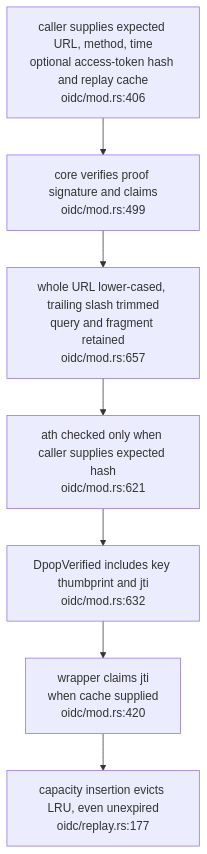
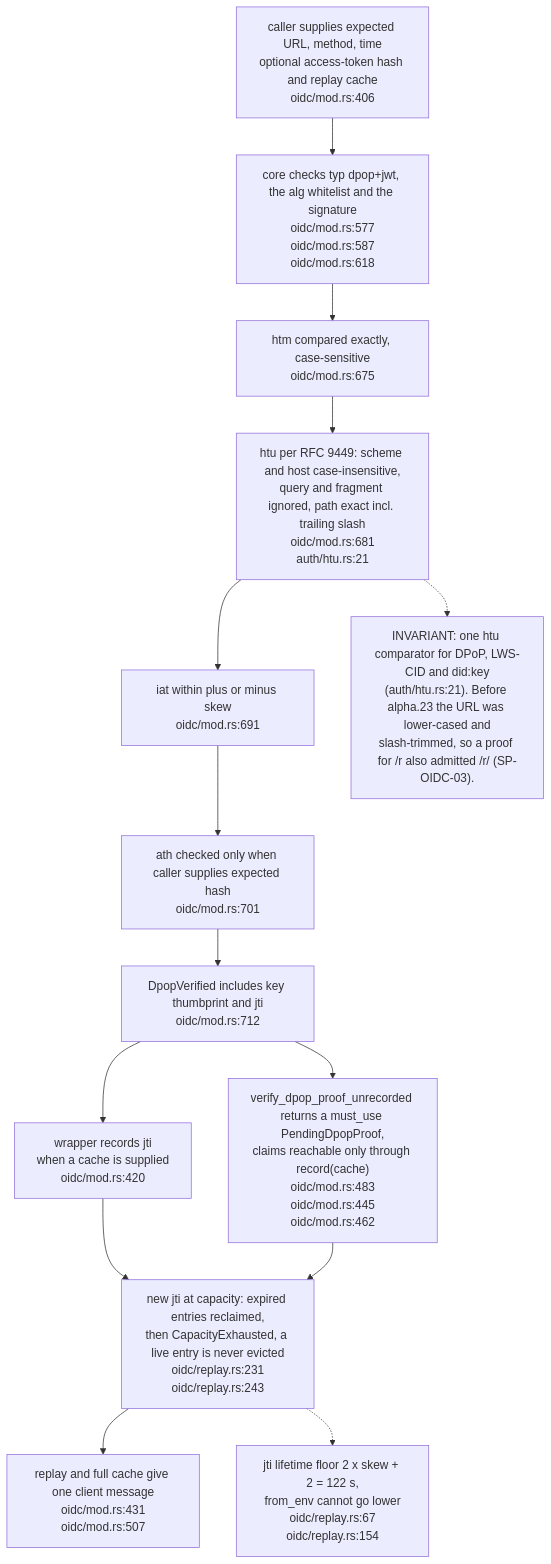
Before and after one commit to DreamLab-AI/VisionFlow: the sixth of 18 diagrams in docs/diagrams/solid-pod-rs/05-identity-nip98-did-oidc.md, drawn with Mermaid. The commit also changed other lines of this file and 2 other files, not shown here.

First line of the commit message:
docs(diagrams): SP-05, SP-11, SP-12 re-verified at solid-pod-rs a28a748

````diff
--- a/docs/diagrams/solid-pod-rs/05-identity-nip98-did-oidc.md
+++ b/docs/diagrams/solid-pod-rs/05-identity-nip98-did-oidc.md
@@ -217,12 +220,23 @@
 ```mermaid
 flowchart TD
     CALL["caller supplies expected URL, method, time<br/>optional access-token hash and replay cache<br/>oidc/mod.rs:406"]
-    CORE["core verifies proof signature and claims<br/>oidc/mod.rs:499"]
-    URL["whole URL lower-cased, trailing slash trimmed<br/>query and fragment retained<br/>oidc/mod.rs:657"]
-    ATH["ath checked only when caller supplies expected hash<br/>oidc/mod.rs:621"]
-    RESULT["DpopVerified includes key thumbprint and jti<br/>oidc/mod.rs:632"]
-    CACHE["wrapper claims jti<br/>when cache supplied<br/>oidc/mod.rs:420"]
-    EVICT["capacity insertion evicts LRU, even unexpired<br/>oidc/replay.rs:177"]
-    CALL --> CORE --> URL --> ATH --> RESULT --> CACHE
-    CACHE --> EVICT
+    CORE["core checks typ dpop+jwt, the alg whitelist and the signature<br/>oidc/mod.rs:577<br/>oidc/mod.rs:587<br/>oidc/mod.rs:618"]
+    HTM["htm compared exactly, case-sensitive<br/>oidc/mod.rs:675"]
+    URL["htu per RFC 9449: scheme and host case-insensitive,<br/>query and fragment ignored, path exact incl. trailing slash<br/>oidc/mod.rs:681<br/>auth/htu.rs:21"]
+    IAT["iat within plus or minus skew<br/>oidc/mod.rs:691"]
+    ATH["ath checked only when caller supplies expected hash<br/>oidc/mod.rs:701"]
+    RESULT["DpopVerified includes key thumbprint and jti<br/>oidc/mod.rs:712"]
+    CACHE["wrapper records jti<br/>when a cache is supplied<br/>oidc/mod.rs:420"]
+    UNREC["verify_dpop_proof_unrecorded returns a must_use PendingDpopProof,<br/>claims reachable only through record(cache)<br/>oidc/mod.rs:483<br/>oidc/mod.rs:445<br/>oidc/mod.rs:462"]
+    FULL["new jti at capacity: expired entries reclaimed,<br/>then CapacityExhausted, a live entry is never evicted<br/>oidc/replay.rs:231<br/>oidc/replay.rs:243"]
+    MSG["replay and full cache give one client message<br/>oidc/mod.rs:431<br/>oidc/mod.rs:507"]
+    TTL["jti lifetime floor 2 x skew + 2 = 122 s,<br/>from_env cannot go lower<br/>oidc/replay.rs:67<br/>oidc/replay.rs:154"]
+    CALL --> CORE --> HTM --> URL --> IAT --> ATH --> RESULT --> CACHE
+    RESULT --> UNREC
+    CACHE --> FULL
+    UNREC --> FULL
+    FULL --> MSG
+    FULL -.-> TTL
+    N1["INVARIANT: one htu comparator for DPoP, LWS-CID and did:key<br/>(auth/htu.rs:21). Before alpha.23 the URL was lower-cased and<br/>slash-trimmed, so a proof for /r also admitted /r/ (SP-OIDC-03)."]
+    URL -.-> N1
 ```
````
